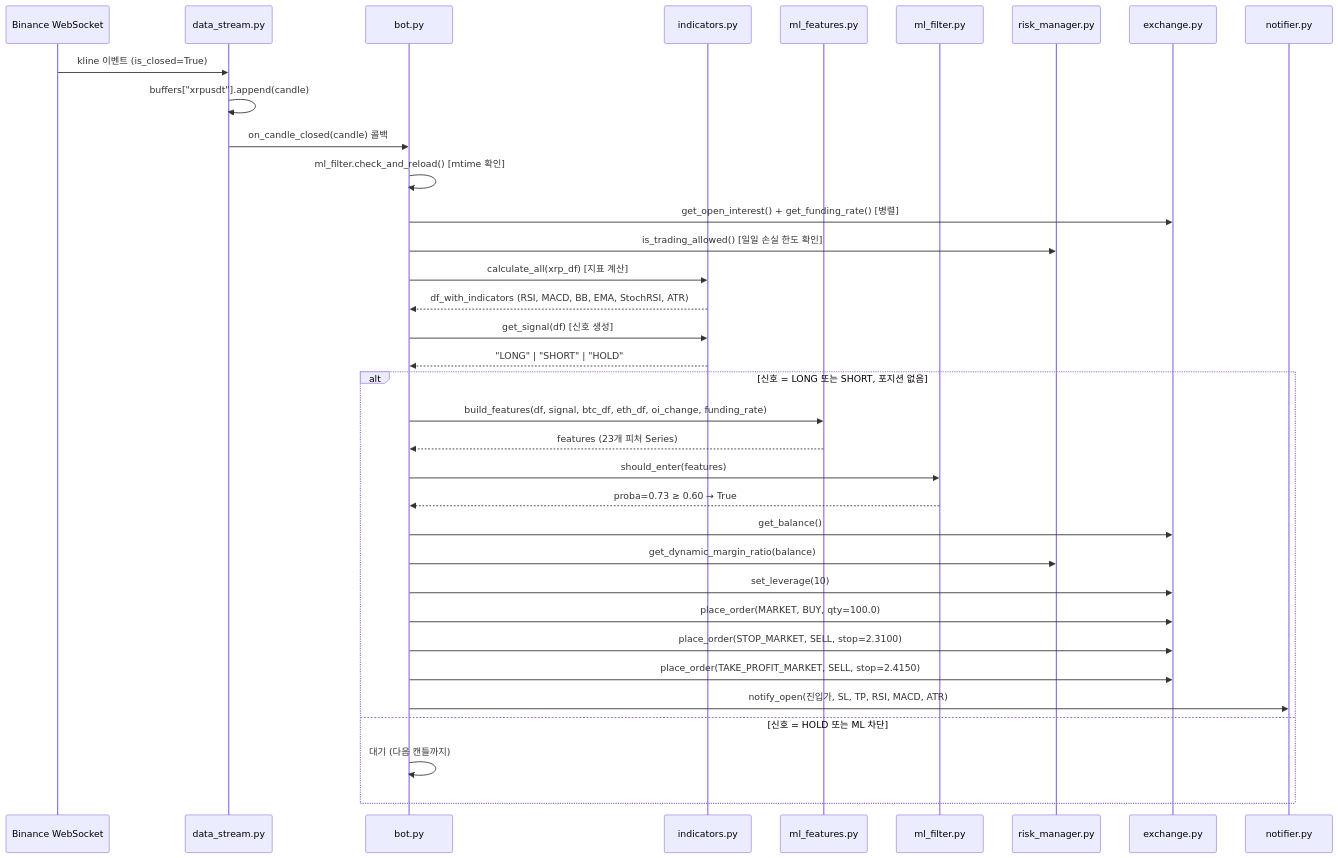
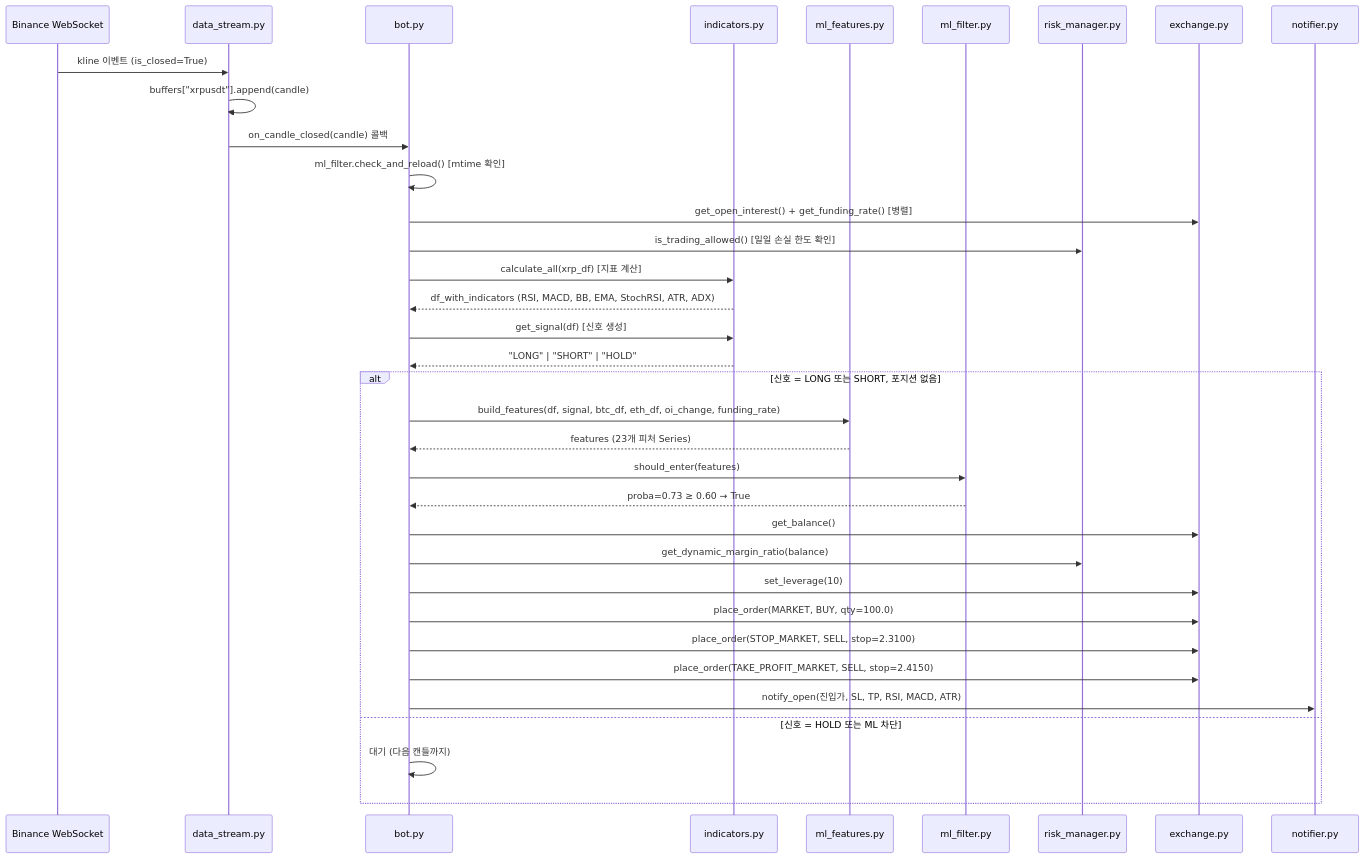
One commit to 21in7/cointrader changed the third of 4 diagrams in ARCHITECTURE.md. Above: the diagram before and after it, drawn with Mermaid. The commit also changed other lines of this file and 2 other files, not shown here.

````diff
--- a/ARCHITECTURE.md
+++ b/ARCHITECTURE.md
@@ -447,43 +451,43 @@
 ```mermaid
 sequenceDiagram
     participant WS as Binance WebSocket
     participant DS as data_stream.py
     participant BOT as bot.py
     participant IND as indicators.py
     participant MF as ml_features.py
     participant ML as ml_filter.py
     participant RM as risk_manager.py
     participant EX as exchange.py
     participant NT as notifier.py
 
     WS->>DS: kline 이벤트 (is_closed=True)
     DS->>DS: buffers["xrpusdt"].append(candle)
     DS->>BOT: on_candle_closed(candle) 콜백
 
     BOT->>BOT: ml_filter.check_and_reload() [mtime 확인]
     BOT->>EX: get_open_interest() + get_funding_rate() [병렬]
     BOT->>RM: is_trading_allowed() [일일 손실 한도 확인]
 
     BOT->>IND: calculate_all(xrp_df) [지표 계산]
-    IND-->>BOT: df_with_indicators (RSI, MACD, BB, EMA, StochRSI, ATR)
+    IND-->>BOT: df_with_indicators (RSI, MACD, BB, EMA, StochRSI, ATR, ADX)
     BOT->>IND: get_signal(df) [신호 생성]
     IND-->>BOT: "LONG" | "SHORT" | "HOLD"
 
     alt 신호 = LONG 또는 SHORT, 포지션 없음
         BOT->>MF: build_features(df, signal, btc_df, eth_df, oi_change, funding_rate)
         MF-->>BOT: features (23개 피처 Series)
         BOT->>ML: should_enter(features)
         ML-->>BOT: proba=0.73 ≥ 0.60 → True
 
         BOT->>EX: get_balance()
         BOT->>RM: get_dynamic_margin_ratio(balance)
         BOT->>EX: set_leverage(10)
         BOT->>EX: place_order(MARKET, BUY, qty=100.0)
         BOT->>EX: place_order(STOP_MARKET, SELL, stop=2.3100)
         BOT->>EX: place_order(TAKE_PROFIT_MARKET, SELL, stop=2.4150)
         BOT->>NT: notify_open(진입가, SL, TP, RSI, MACD, ATR)
 
     else 신호 = HOLD 또는 ML 차단
         BOT->>BOT: 대기 (다음 캔들까지)
     end
 ```
````
